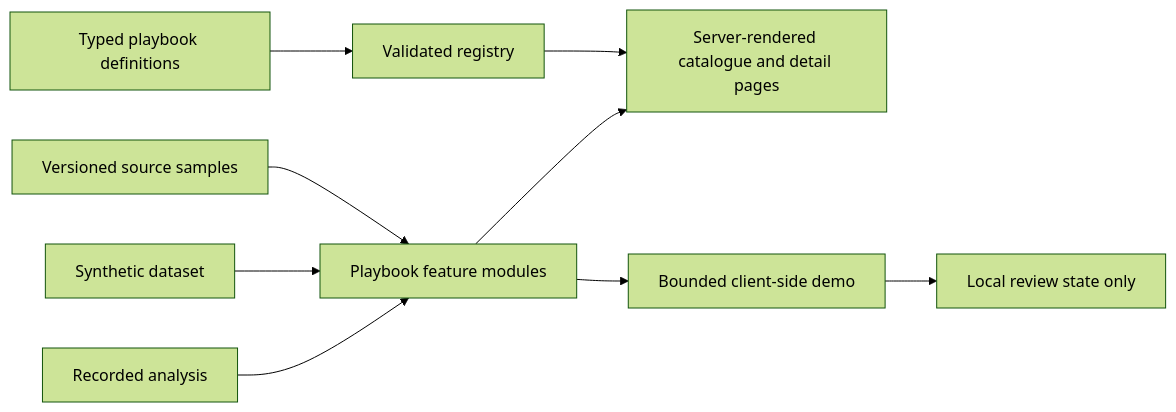
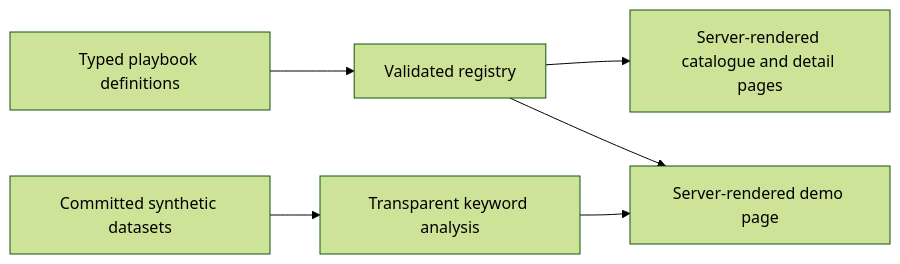
The diagram in DESIGN.md (Hypership-Software/lab-notes.ai), drawn with Mermaid (forest theme) before and after one commit. The commit also changed other lines of this file and 3 other files, not shown here.

````diff
--- a/DESIGN.md
+++ b/DESIGN.md
@@ -420,11 +441,8 @@
 ```mermaid
 flowchart LR
   A["Typed playbook definitions"] --> B["Validated registry"]
-  C["Versioned source samples"] --> D["Playbook feature modules"]
-  E["Synthetic dataset"] --> D
-  F["Recorded analysis"] --> D
-  B --> G["Server-rendered catalogue and detail pages"]
-  D --> G
-  D --> H["Bounded client-side demo"]
-  H --> I["Local review state only"]
+  B --> C["Server-rendered catalogue and detail pages"]
+  D["Committed synthetic datasets"] --> E["Transparent keyword analysis"]
+  B --> F["Server-rendered demo page"]
+  E --> F
 ```
````
